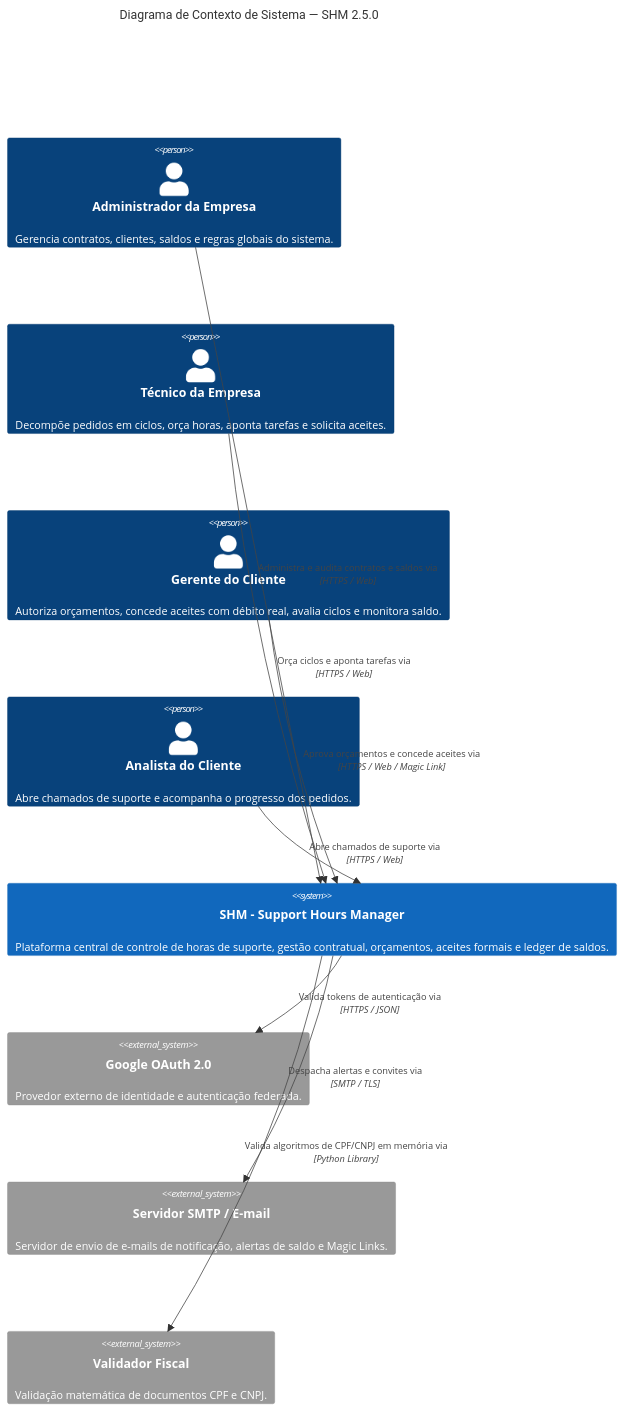
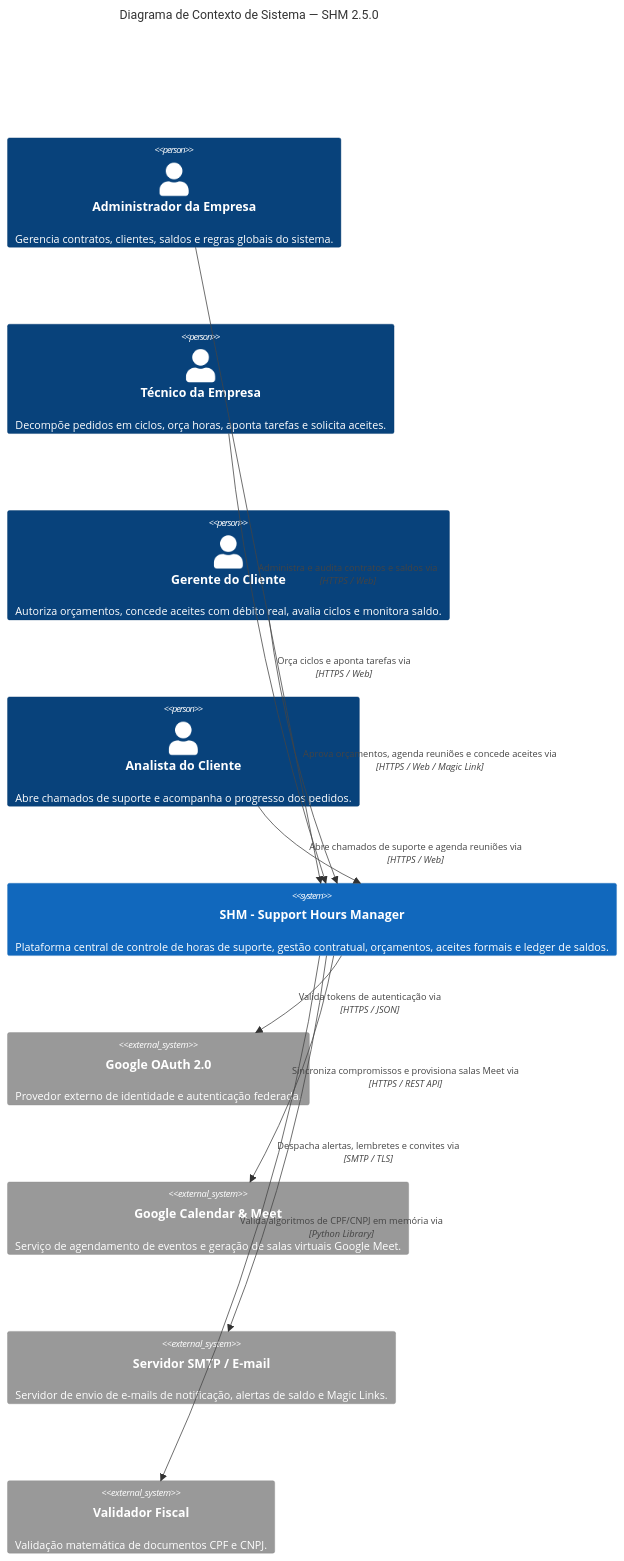
The diagram in _reversa_sdd/c4-context.md (andresouza72br-sketch/SHM---Support-Hours-Manage), drawn with Mermaid before and after one commit. The commit also changed 16 other files, not shown here.

Commit message:
docs(reversa): re-extracao autonoma das specs SDD incorporando modulo schedule, google meet e audio mp3

````diff
--- a/_reversa_sdd/c4-context.md
+++ b/_reversa_sdd/c4-context.md
@@ -3,24 +3,26 @@
 ```mermaid
 C4Context
     title Diagrama de Contexto de Sistema — SHM 2.5.0
 
     Person(admin, "Administrador da Empresa", "Gerencia contratos, clientes, saldos e regras globais do sistema.")
     Person(tecnico, "Técnico da Empresa", "Decompõe pedidos em ciclos, orça horas, aponta tarefas e solicita aceites.")
     Person(gerente, "Gerente do Cliente", "Autoriza orçamentos, concede aceites com débito real, avalia ciclos e monitora saldo.")
     Person(analista, "Analista do Cliente", "Abre chamados de suporte e acompanha o progresso dos pedidos.")
 
     System(shm, "SHM - Support Hours Manager", "Plataforma central de controle de horas de suporte, gestão contratual, orçamentos, aceites formais e ledger de saldos.")
 
     System_Ext(google_auth, "Google OAuth 2.0", "Provedor externo de identidade e autenticação federada.")
+    System_Ext(google_calendar, "Google Calendar & Meet", "Serviço de agendamento de eventos e geração de salas virtuais Google Meet.")
     System_Ext(smtp, "Servidor SMTP / E-mail", "Servidor de envio de e-mails de notificação, alertas de saldo e Magic Links.")
     System_Ext(docs_validator, "Validador Fiscal", "Validação matemática de documentos CPF e CNPJ.")
 
     Rel(admin, shm, "Administra e audita contratos e saldos via", "HTTPS / Web")
     Rel(tecnico, shm, "Orça ciclos e aponta tarefas via", "HTTPS / Web")
-    Rel(gerente, shm, "Aprova orçamentos e concede aceites via", "HTTPS / Web / Magic Link")
-    Rel(analista, shm, "Abre chamados de suporte via", "HTTPS / Web")
+    Rel(gerente, shm, "Aprova orçamentos, agenda reuniões e concede aceites via", "HTTPS / Web / Magic Link")
+    Rel(analista, shm, "Abre chamados de suporte e agenda reuniões via", "HTTPS / Web")
 
     Rel(shm, google_auth, "Valida tokens de autenticação via", "HTTPS / JSON")
-    Rel(shm, smtp, "Despacha alertas e convites via", "SMTP / TLS")
+    Rel(shm, google_calendar, "Sincroniza compromissos e provisiona salas Meet via", "HTTPS / REST API")
+    Rel(shm, smtp, "Despacha alertas, lembretes e convites via", "SMTP / TLS")
     Rel(shm, docs_validator, "Valida algoritmos de CPF/CNPJ em memória via", "Python Library")
 ```
````
